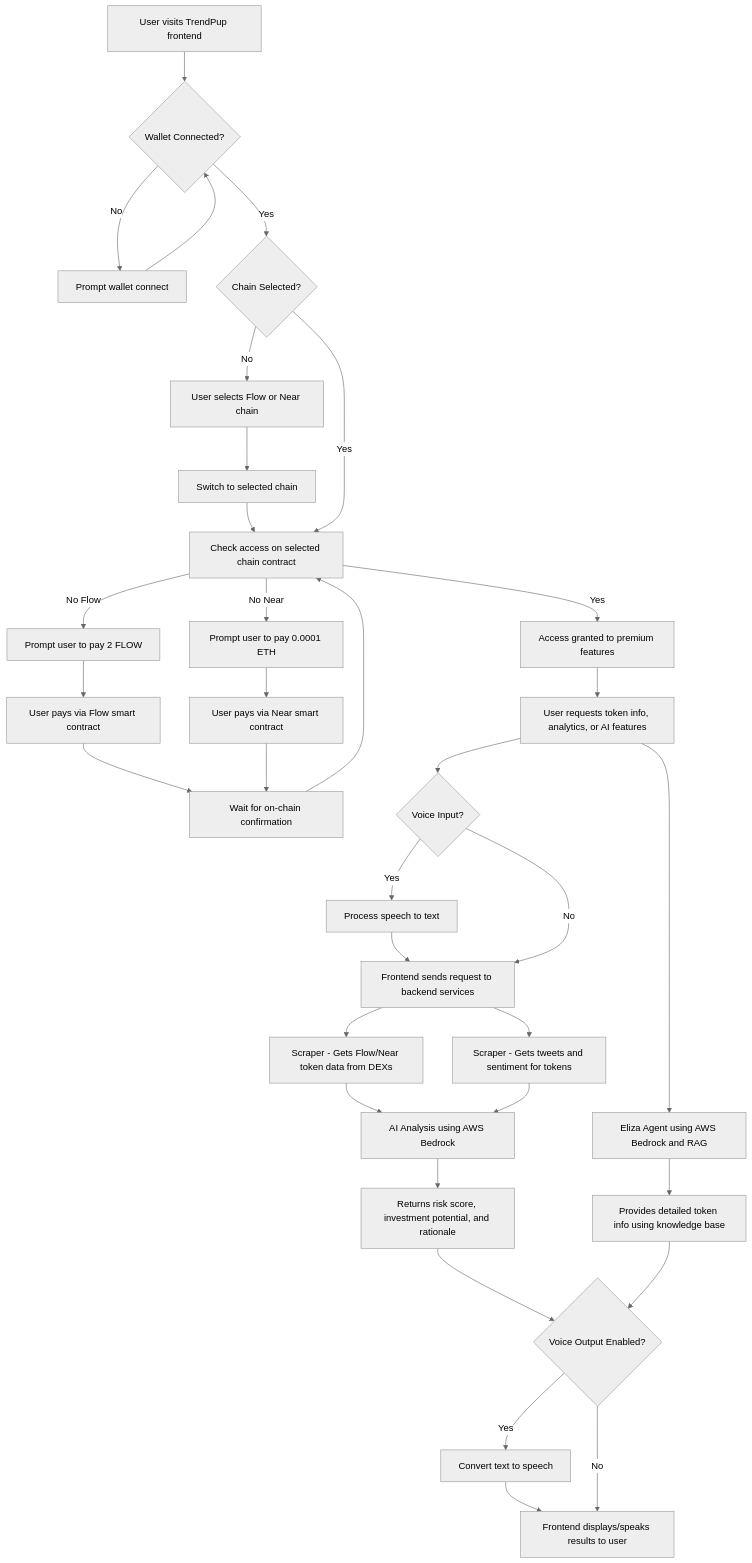
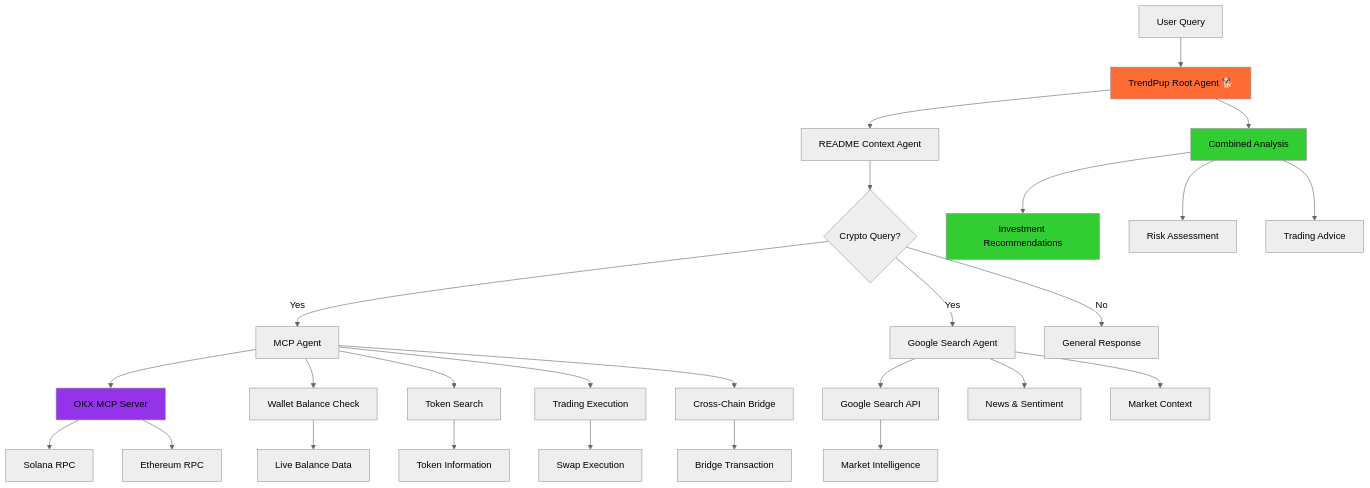
Before and after one commit to Spydiecy/Trendpup_Sonic: the fourth of 8 diagrams in README.md, drawn with Mermaid (neutral theme). The commit also changed other lines of this file and 4 other files, not shown here.

````diff
--- a/README.md
+++ b/README.md
@@ -57,36 +343,39 @@
 ```mermaid
 flowchart TD
-    A[User visits TrendPup frontend] --> B{Wallet Connected?}
-    B -- No --> C[Prompt wallet connect]
-    C --> B
-    B -- Yes --> D{Chain Selected?}
-    D -- No --> E[User selects Flow or Near chain]
-    E --> F[Switch to selected chain]
-    F --> G[Check access on selected chain contract]
-    D -- Yes --> G
-    G -- No Flow --> H[Prompt user to pay 2 FLOW]
-    G -- No Near --> I[Prompt user to pay 0.0001 ETH]
-    H --> J[User pays via Flow smart contract]
-    I --> K[User pays via Near smart contract]
-    J --> L[Wait for on-chain confirmation]
-    K --> L
-    L --> G
-    G -- Yes --> M[Access granted to premium features]
-    M --> N[User requests token info, analytics, or AI features]
-    N --> O{Voice Input?}
-    O -- Yes --> P[Process speech to text]
-    P --> Q[Frontend sends request to backend services]
-    O -- No --> Q
-    Q --> R[Scraper - Gets Flow/Near token data from DEXs]
-    Q --> S[Scraper - Gets tweets and sentiment for tokens]
-    R --> T[AI Analysis using AWS Bedrock]
-    S --> T
-    T --> U[Returns risk score, investment potential, and rationale]
-    N --> V[Eliza Agent using AWS Bedrock and RAG]
-    V --> W[Provides detailed token info using knowledge base]
-    U --> X{Voice Output Enabled?}
-    W --> X
-    X -- Yes --> Y[Convert text to speech]
-    Y --> Z[Frontend displays/speaks results to user]
-    X -- No --> Z
+    A[User Query] --> B[TrendPup Root Agent 🐕]
+    B --> C[README Context Agent]
+    C --> D{Crypto Query?}
+    D -- Yes --> E[MCP Agent]
+    D -- Yes --> F[Google Search Agent]
+    D -- No --> G[General Response]
+    
+    E --> H[OKX MCP Server]
+    H --> I[Solana RPC]
+    H --> J[Ethereum RPC]
+    
+    F --> K[Google Search API]
+    K --> L[Market Intelligence]
+    
+    E --> M[Wallet Balance Check]
+    E --> N[Token Search]
+    E --> O[Trading Execution]
+    E --> P[Cross-Chain Bridge]
+    
+    M --> Q[Live Balance Data]
+    N --> R[Token Information]
+    O --> S[Swap Execution]
+    P --> T[Bridge Transaction]
+    
+    F --> U[News & Sentiment]
+    F --> V[Market Context]
+    
+    B --> W[Combined Analysis]
+    W --> X[Investment Recommendations]
+    W --> Y[Risk Assessment]
+    W --> Z[Trading Advice]
+    
+    style B fill:#ff6b35
+    style H fill:#9333ea
+    style W fill:#32cd32
+    style X fill:#32cd32
 ```
````
